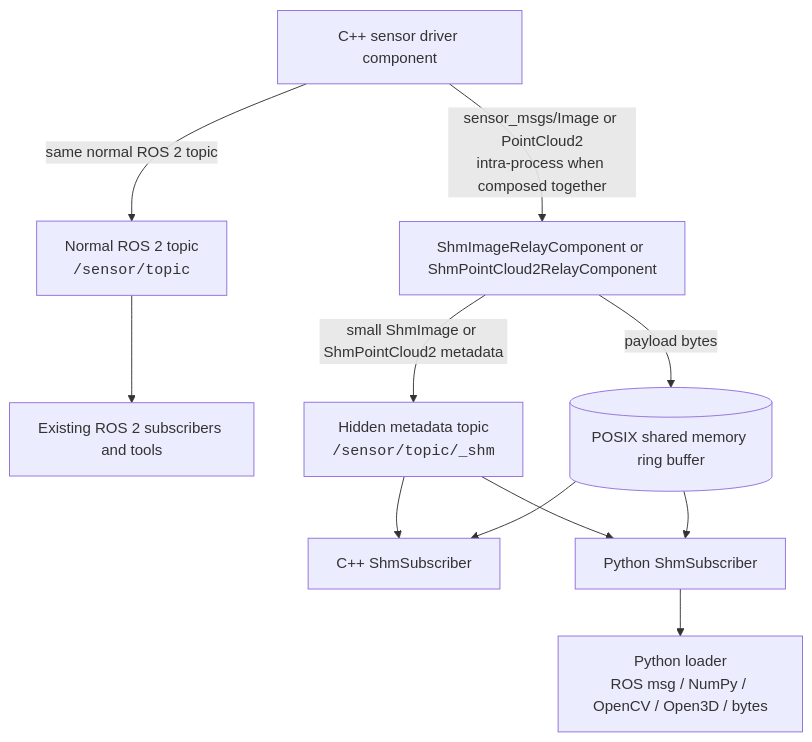
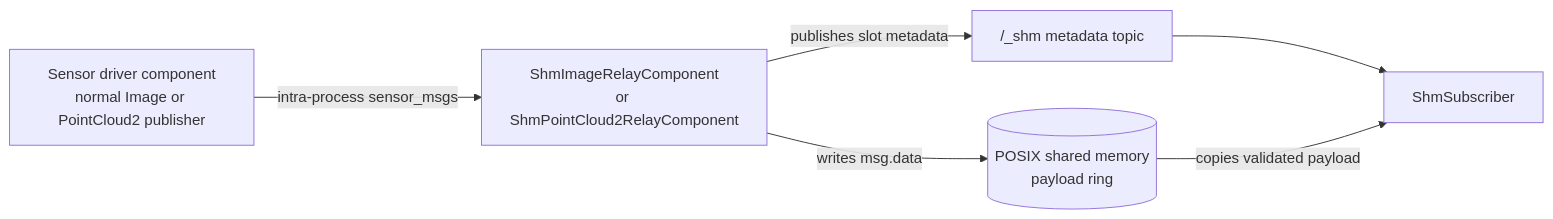
One commit to Maik13579/ros2_shm_sensor_transport changed the second of 2 diagrams in README.md. Above: the diagram before and after it, drawn with Mermaid. The commit also changed other lines of this file and 16 other files, not shown here.

First line of the commit message:
Add shared-memory publisher APIs

````diff
--- a/README.md
+++ b/README.md
@@ -49,23 +280,14 @@
 ```mermaid
-flowchart TD
-    driver["C++ sensor driver component"]
-    normal["Normal ROS 2 topic<br/><code>/sensor/topic</code>"]
-    remote["Existing ROS 2 subscribers and tools"]
-    relay["ShmImageRelayComponent or ShmPointCloud2RelayComponent"]
-    shm[("POSIX shared memory ring buffer")]
-    meta["Hidden metadata topic<br/><code>/sensor/topic/_shm</code>"]
-    cpp["C++ ShmSubscriber"]
-    python["Python ShmSubscriber"]
-    loader["Python loader<br/>ROS msg / NumPy / OpenCV / Open3D / bytes"]
+flowchart LR
+    sensor["Sensor driver component<br/>normal Image or PointCloud2 publisher"]
+    relay["ShmImageRelayComponent<br/>or ShmPointCloud2RelayComponent"]
+    shm[("POSIX shared memory<br/>payload ring")]
+    meta["/_shm metadata topic"]
+    sub["ShmSubscriber"]
 
-    driver -- "same normal ROS 2 topic" --> normal
-    normal --> remote
-    driver -- "sensor_msgs/Image or PointCloud2<br/>intra-process when composed together" --> relay
-    relay -- "payload bytes" --> shm
-    relay -- "small ShmImage or ShmPointCloud2 metadata" --> meta
-    meta --> cpp
-    shm --> cpp
-    meta --> python
-    shm --> python
-    python --> loader
+    sensor -- "intra-process sensor_msgs" --> relay
+    relay -- "writes msg.data" --> shm
+    relay -- "publishes slot metadata" --> meta
+    meta --> sub
+    shm -- "copies validated payload" --> sub
 ```
````
